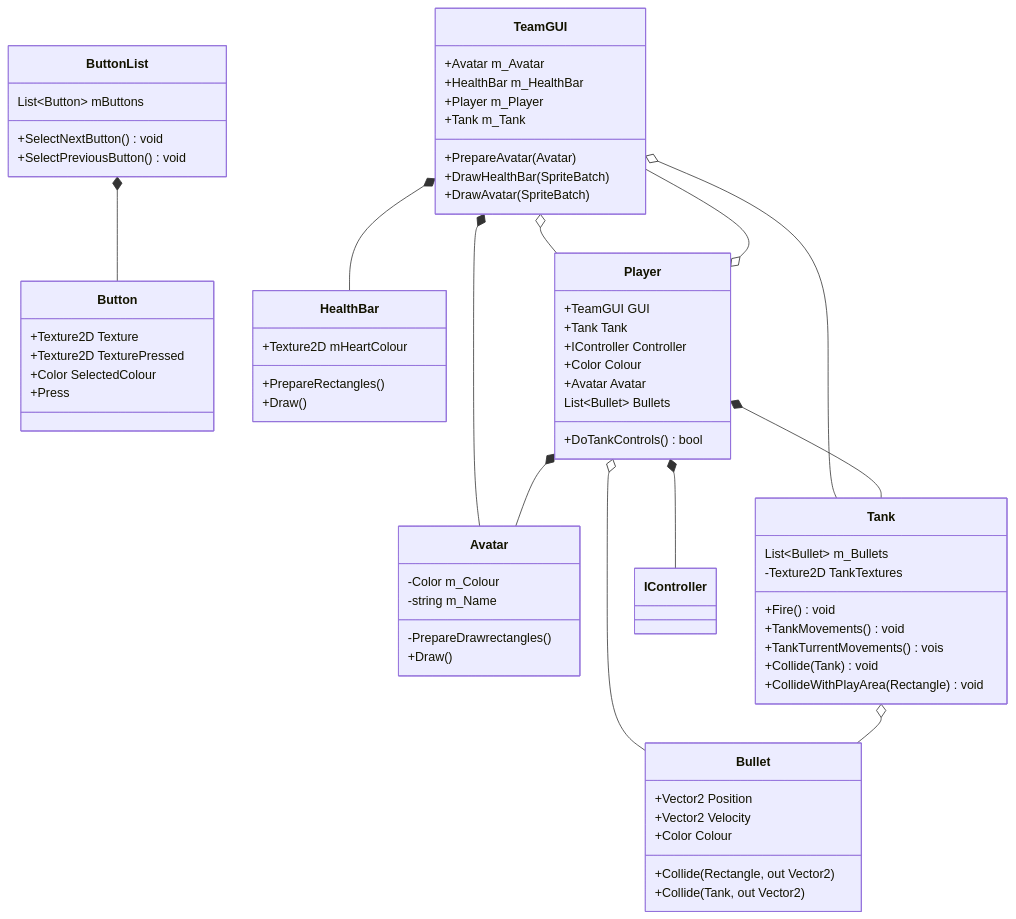
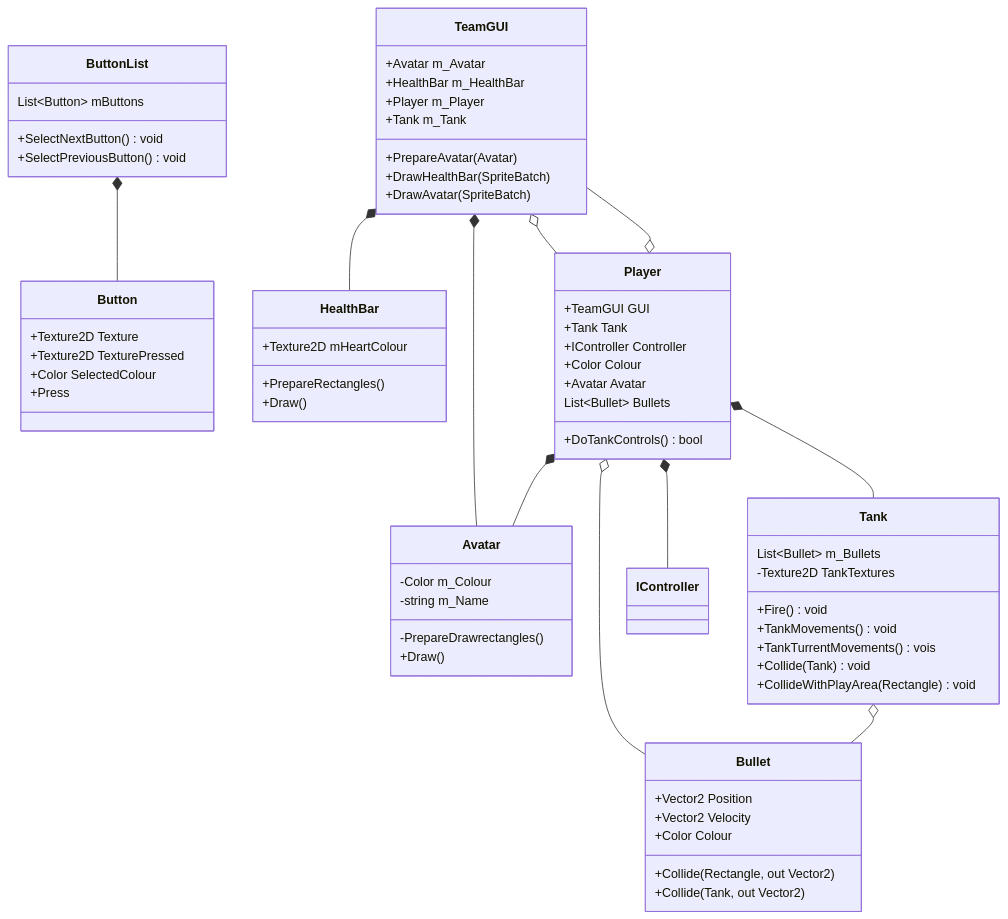
The second of 2 diagrams in README.md (Spoingus/TroublesomeTanks_CDP), drawn with Mermaid before and after one commit.

````diff
--- a/README.md
+++ b/README.md
@@ -45,72 +45,71 @@
 ```mermaid
 classDiagram
     ButtonList *-- Button
     class ButtonList{
         List~Button~ mButtons
         +SelectNextButton() void
         +SelectPreviousButton() void
     }
     class Button{
         +Texture2D Texture
         +Texture2D TexturePressed
         +Color SelectedColour
         +Press
     }
 
     TeamGUI *-- Avatar
     TeamGUI *-- HealthBar
     TeamGUI o-- Player
-    TeamGUI o-- Tank
     class TeamGUI{
         +Avatar m_Avatar
         +HealthBar m_HealthBar
         +Player m_Player
         +Tank m_Tank
         +PrepareAvatar(Avatar)
         +DrawHealthBar(SpriteBatch)
         +DrawAvatar(SpriteBatch)
     }
     class Avatar{
         -Color m_Colour
         -string m_Name
         -PrepareDrawrectangles()
         +Draw()
     }
     class HealthBar{
         +Texture2D mHeartColour
         +PrepareRectangles()
         +Draw()
     }
     Player o-- TeamGUI
     Player *-- Tank
     Player *-- Avatar
     Player *-- IController
     Player o-- Bullet
     class Player{
         +TeamGUI GUI
         +Tank Tank
         +IController Controller
         +Color Colour
         +Avatar Avatar
         List~Bullet~ Bullets
         +DoTankControls() bool
     }
     Tank o-- Bullet
     class Tank{
         List~Bullet~ m_Bullets
         -Texture2D TankTextures
         +Fire() void
         +TankMovements() void
         +TankTurrentMovements() vois
         +Collide(Tank) void
         +CollideWithPlayArea(Rectangle) void
     }
     class Bullet{
         +Vector2 Position
         +Vector2 Velocity
         +Color Colour
         +Collide(Rectangle, out Vector2)
         +Collide(Tank, out Vector2)
     }
    
 ```
````
